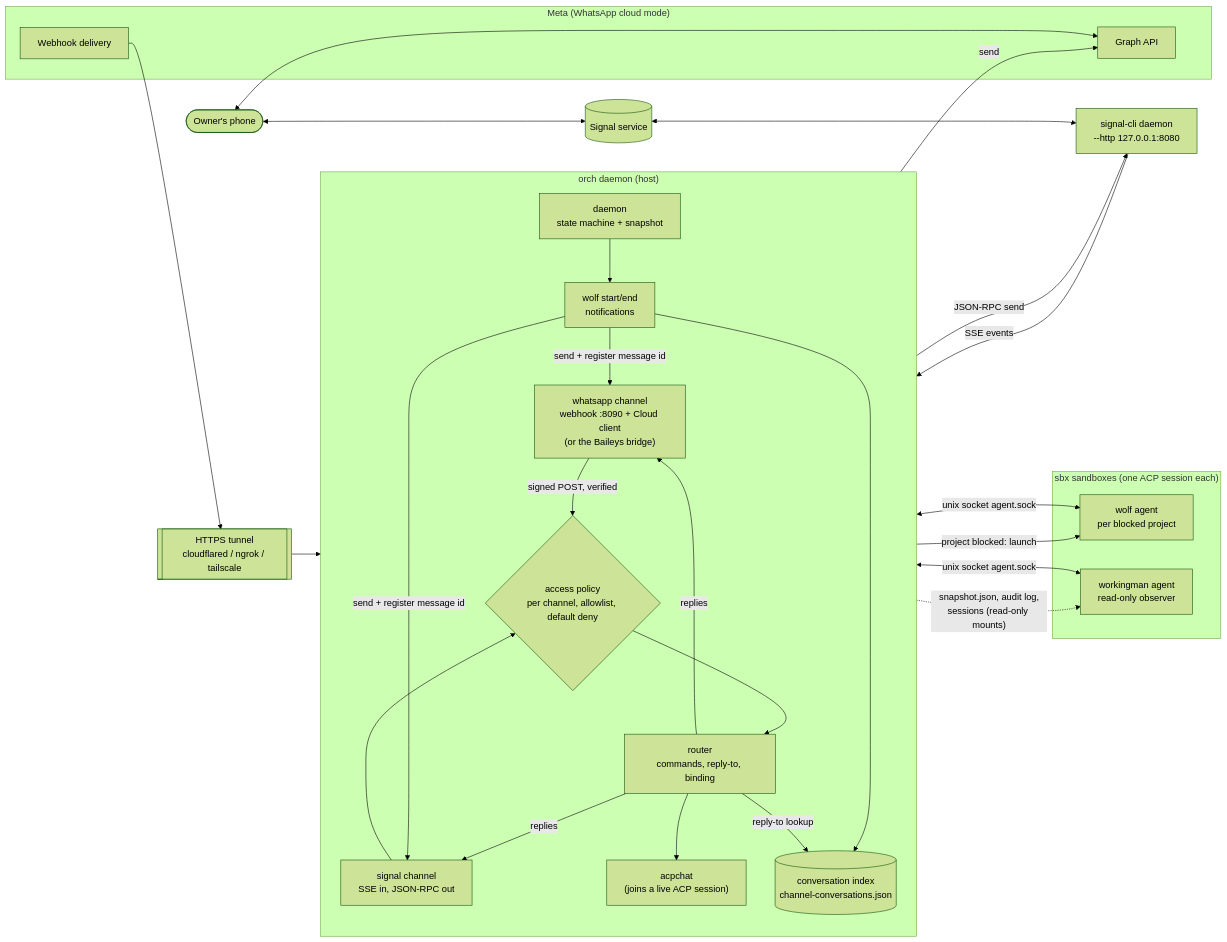
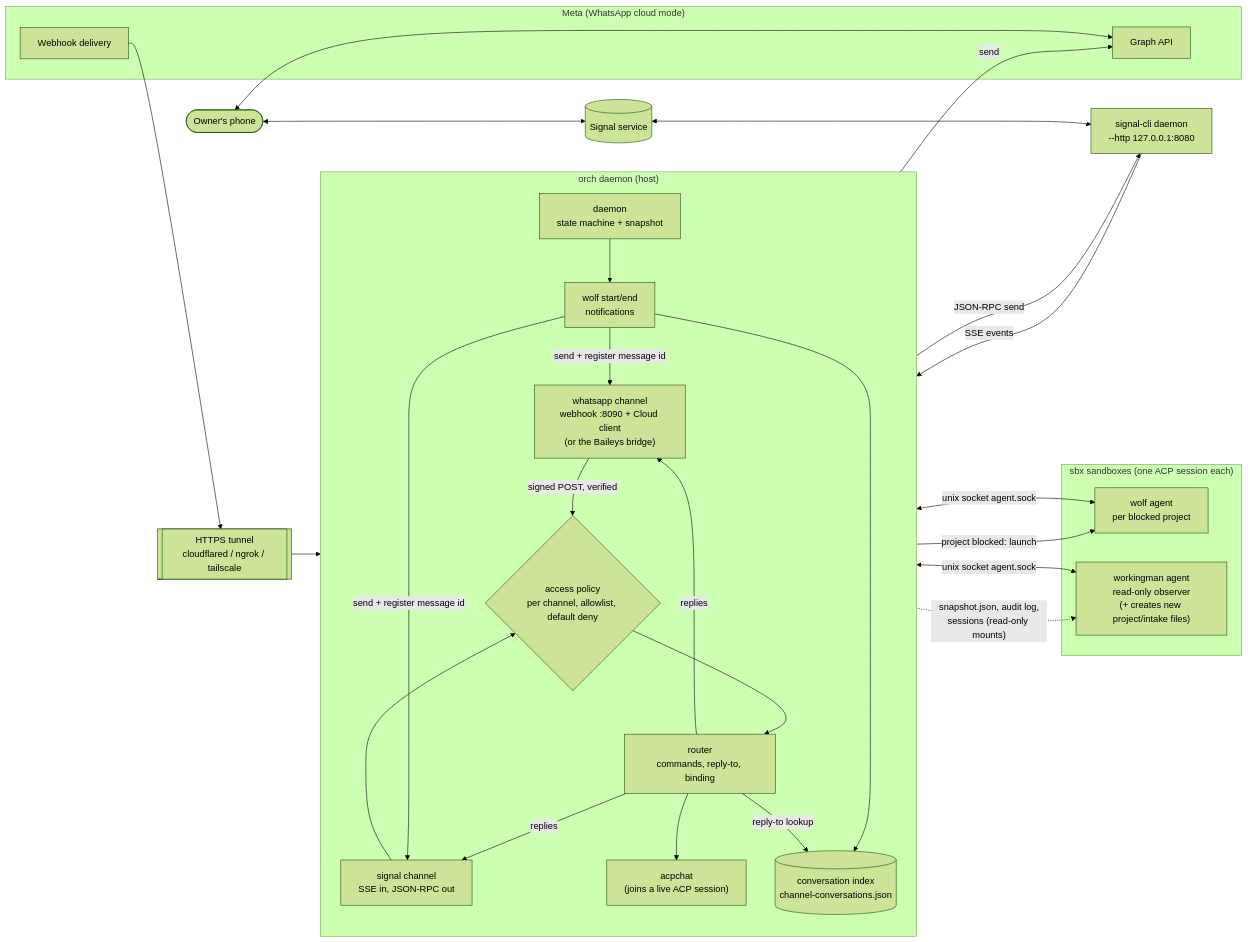
Before and after one commit to slimslenderslacks/workingman: the diagram in docs/channels.md, drawn with Mermaid (forest theme). The commit also changed other lines of this file and 4 other files, not shown here.

Commit message:
Let workingman agent create project.md and intake files in orch root

````diff
--- a/docs/channels.md
+++ b/docs/channels.md
@@ -30,53 +30,53 @@
 ```mermaid
 flowchart LR
     phone([Owner's phone])
 
     subgraph meta["Meta (WhatsApp cloud mode)"]
         graphapi[Graph API]
         hook[Webhook delivery]
     end
     tunnel[[HTTPS tunnel<br/>cloudflared / ngrok / tailscale]]
 
     signalsvc[(Signal service)]
     sigcli["signal-cli daemon<br/>--http 127.0.0.1:8080"]
 
     subgraph orch["orch daemon (host)"]
         direction TB
         chan["whatsapp channel<br/>webhook :8090 + Cloud client<br/>(or the Baileys bridge)"]
         sigchan["signal channel<br/>SSE in, JSON-RPC out"]
         policy{"access policy<br/>per channel, allowlist, default deny"}
         router["router<br/>commands, reply-to, binding"]
         index[("conversation index<br/>channel-conversations.json")]
         notify["wolf start/end<br/>notifications"]
         daemon["daemon<br/>state machine + snapshot"]
         acpchat["acpchat<br/>(joins a live ACP session)"]
     end
 
     subgraph sandboxes["sbx sandboxes (one ACP session each)"]
         wolf["wolf agent<br/>per blocked project"]
-        wm["workingman agent<br/>read-only observer"]
+        wm["workingman agent<br/>read-only observer<br/>(+ creates new project/intake files)"]
     end
 
     phone <--> graphapi
     phone <--> signalsvc
     signalsvc <--> sigcli
     hook --> tunnel --> chan
     sigcli -->|"SSE events"| sigchan
     sigchan -->|"JSON-RPC send"| sigcli
     chan -->|"signed POST, verified"| policy
     sigchan --> policy
     policy --> router
     router --> acpchat
     acpchat <-->|"unix socket agent.sock"| wolf
     acpchat <-->|"unix socket agent.sock"| wm
     router -->|"replies"| chan
     router -->|"replies"| sigchan
     daemon -->|"project blocked: launch"| wolf
     daemon --> notify
     notify -->|"send + register message id"| chan
     notify -->|"send + register message id"| sigchan
     notify --> index
     router -->|"reply-to lookup"| index
     daemon -. "snapshot.json, audit log,<br/>sessions (read-only mounts)" .-> wm
     chan -->|"send"| graphapi
 ```
````
